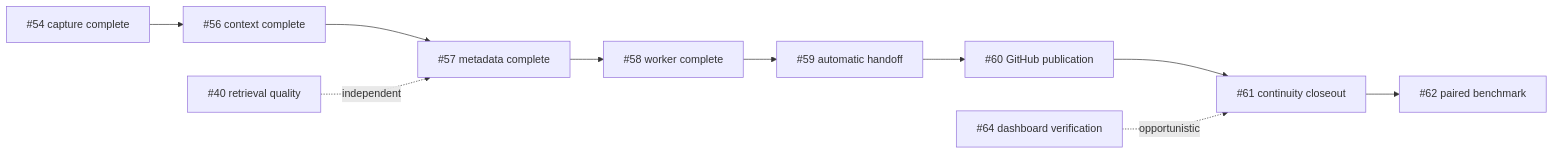
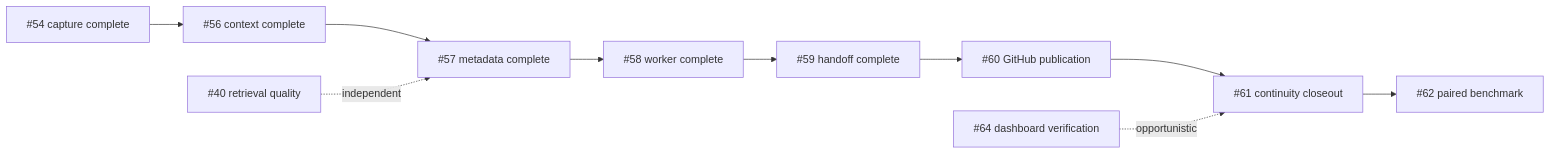
The diagram in docs/issue-priority-order.md (vib28/ai-memory-hub), drawn with Mermaid before and after one commit. The commit also changed other lines of this file and 3 other files, not shown here.

````diff
--- a/docs/issue-priority-order.md
+++ b/docs/issue-priority-order.md
@@ -9,12 +9,12 @@
 ```mermaid
 flowchart LR
     P["#54 capture complete"] --> A["#56 context complete"]
     A --> B["#57 metadata complete"]
     B --> C["#58 worker complete"]
-    C --> D["#59 automatic handoff"]
+    C --> D["#59 handoff complete"]
     D --> E["#60 GitHub publication"]
     E --> F["#61 continuity closeout"]
     F --> G["#62 paired benchmark"]
     I["#40 retrieval quality"] -. independent .-> B
     J["#64 dashboard verification"] -. opportunistic .-> F
 ```
````
